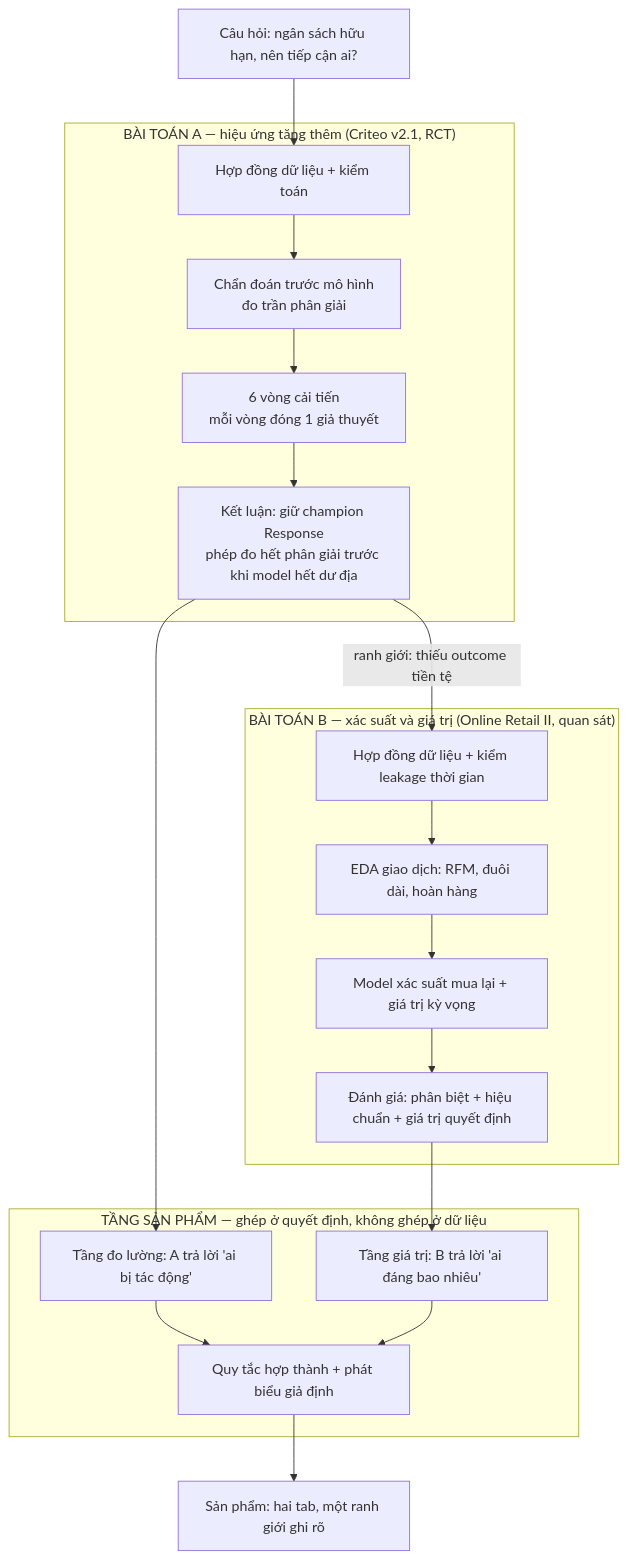
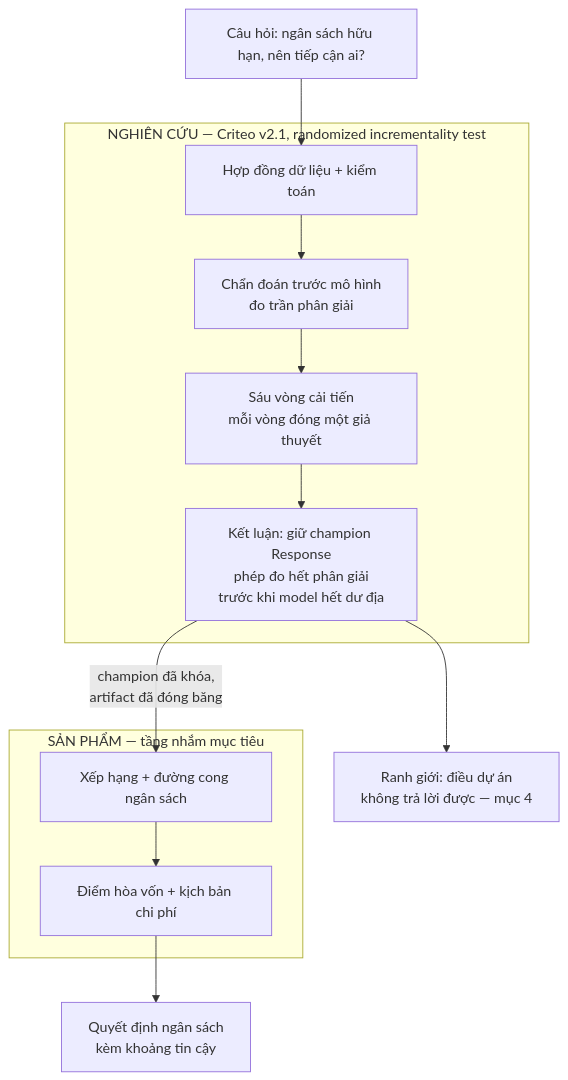
Before and after one commit to ThanhDatVN/Causal-Uplift-for-Activation-and-Retention: the first of 5 diagrams in docs/END_TO_END_WORKFLOW.md, drawn with Mermaid. The commit also changed other lines of this file and 1 other file, not shown here.

````diff
--- a/docs/END_TO_END_WORKFLOW.md
+++ b/docs/END_TO_END_WORKFLOW.md
@@ -55,34 +55,23 @@
 ```mermaid
 flowchart TB
     Q["Câu hỏi: ngân sách hữu hạn, nên tiếp cận ai?"]
 
-    subgraph A["BÀI TOÁN A — hiệu ứng tăng thêm (Criteo v2.1, RCT)"]
+    subgraph R["NGHIÊN CỨU — Criteo v2.1, randomized incrementality test"]
         A0["Hợp đồng dữ liệu + kiểm toán"]
         A1["Chẩn đoán trước mô hình<br/>đo trần phân giải"]
-        A2["6 vòng cải tiến<br/>mỗi vòng đóng 1 giả thuyết"]
-        A3["Kết luận: giữ champion Response<br/>phép đo hết phân giải trước khi model hết dư địa"]
+        A2["Sáu vòng cải tiến<br/>mỗi vòng đóng một giả thuyết"]
+        A3["Kết luận: giữ champion Response<br/>phép đo hết phân giải<br/>trước khi model hết dư địa"]
         A0 --> A1 --> A2 --> A3
     end
 
-    subgraph B["BÀI TOÁN B — xác suất và giá trị (Online Retail II, quan sát)"]
-        B0["Hợp đồng dữ liệu + kiểm leakage thời gian"]
-        B1["EDA giao dịch: RFM, đuôi dài, hoàn hàng"]
-        B2["Model xác suất mua lại + giá trị kỳ vọng"]
-        B3["Đánh giá: phân biệt + hiệu chuẩn + giá trị quyết định"]
-        B0 --> B1 --> B2 --> B3
-    end
-
-    subgraph P["TẦNG SẢN PHẨM — ghép ở quyết định, không ghép ở dữ liệu"]
-        P1["Tầng đo lường: A trả lời 'ai bị tác động'"]
-        P2["Tầng giá trị: B trả lời 'ai đáng bao nhiêu'"]
-        P3["Quy tắc hợp thành + phát biểu giả định"]
-        P1 --> P3
-        P2 --> P3
+    subgraph P["SẢN PHẨM — tầng nhắm mục tiêu"]
+        P1["Xếp hạng + đường cong ngân sách"]
+        P2["Điểm hòa vốn + kịch bản chi phí"]
+        P1 --> P2
     end
 
     Q --> A0
-    A3 -->|"ranh giới: thiếu outcome tiền tệ"| B0
-    A3 --> P1
-    B3 --> P2
-    P3 --> OUT["Sản phẩm: hai tab, một ranh giới ghi rõ"]
+    A3 -->|"champion đã khóa,<br/>artifact đã đóng băng"| P1
+    A3 --> LIM["Ranh giới: điều dự án<br/>không trả lời được — mục 4"]
+    P2 --> OUT["Quyết định ngân sách<br/>kèm khoảng tin cậy"]
 ```
````
